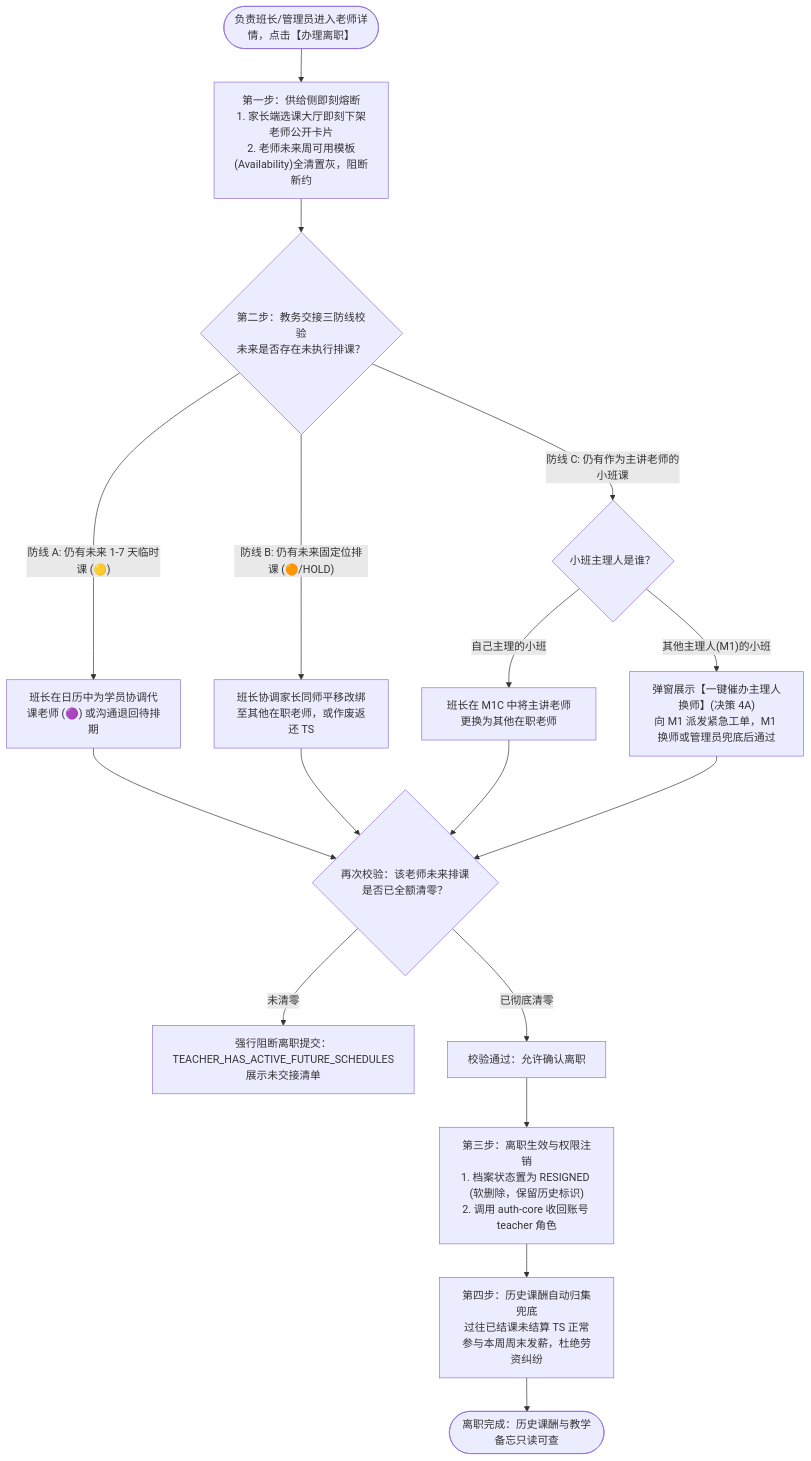
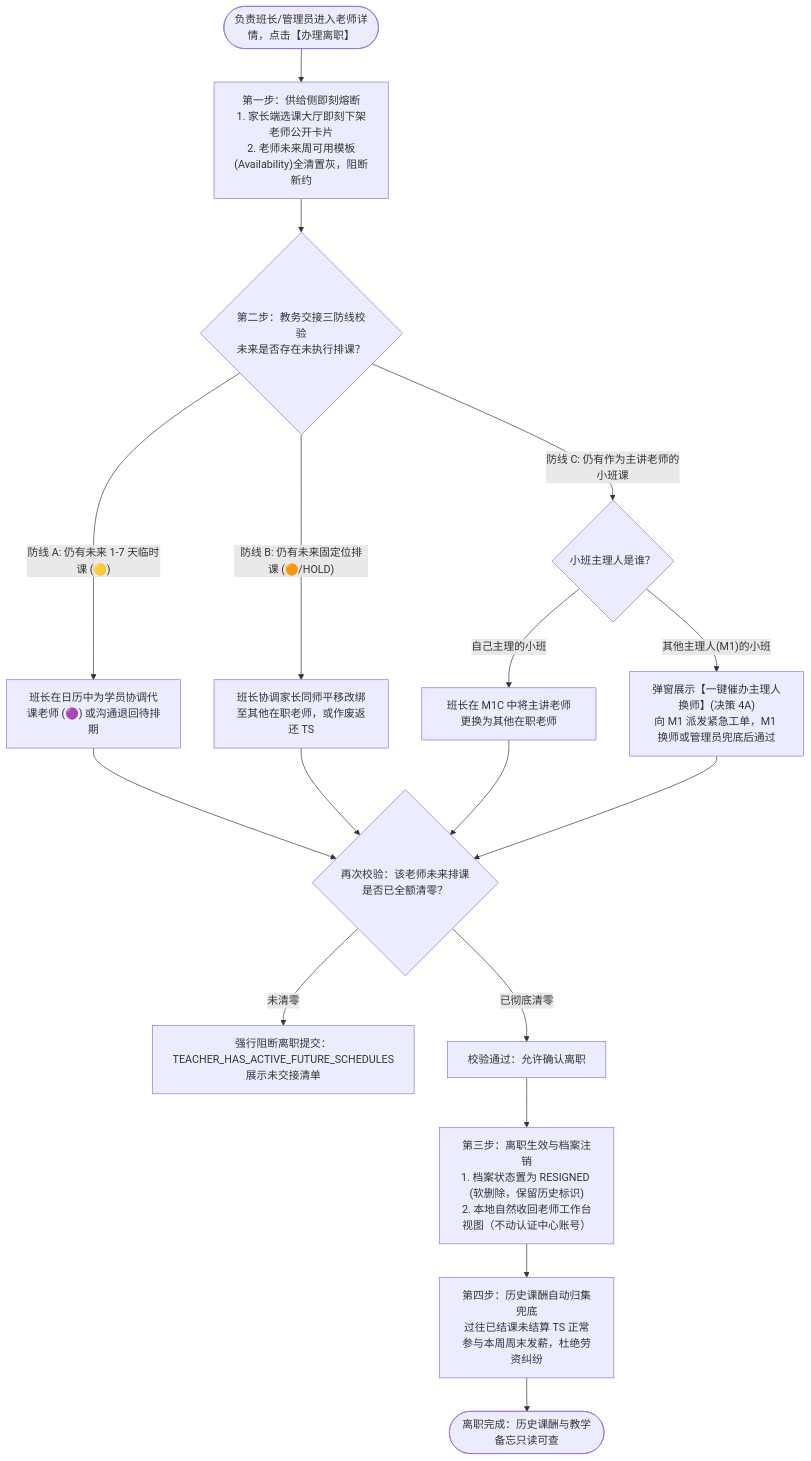
One commit to Onezao/dream changed the fifth of 7 diagrams in docs/prd/m1b_teacher_profile.md. Above: the diagram before and after it, drawn with Mermaid. The commit also changed other lines of this file and 7 other files, not shown here.

````diff
--- a/docs/prd/m1b_teacher_profile.md
+++ b/docs/prd/m1b_teacher_profile.md
@@ -155,20 +149,20 @@
 ```mermaid
 flowchart TD
     Start(["负责班长/管理员进入老师详情，点击【办理离职】"]) --> DisallowNew["第一步：供给侧即刻熔断\n1. 家长端选课大厅即刻下架老师公开卡片\n2. 老师未来周可用模板(Availability)全清置灰，阻断新约"]
     
     DisallowNew --> CheckSchedules{"第二步：教务交接三防线校验\n未来是否存在未执行排课？"}
     
     CheckSchedules -->|"防线 A: 仍有未来 1-7 天临时课 (🟡)"| ResolveA["班长在日历中为学员协调代课老师 (🟣) 或沟通退回待排期"]
     CheckSchedules -->|"防线 B: 仍有未来固定位排课 (🟠/HOLD)"| ResolveB["班长协调家长同师平移改绑至其他在职老师，或作废返还 TS"]
     CheckSchedules -->|"防线 C: 仍有作为主讲老师的小班课"| CheckOwner{"小班主理人是谁？"}
     CheckOwner -->|"自己主理的小班"| SelfChange["班长在 M1C 中将主讲老师更换为其他在职老师"]
     CheckOwner -->|"其他主理人(M1)的小班"| CollabChange["弹窗展示【一键催办主理人换师】(决策 4A)\n向 M1 派发紧急工单，M1 换师或管理员兜底后通过"]
     
     ResolveA & ResolveB & SelfChange & CollabChange --> Recheck{"再次校验：该老师未来排课是否已全额清零？"}
     Recheck -->|"未清零"| BlockSubmit["强行阻断离职提交：TEACHER_HAS_ACTIVE_FUTURE_SCHEDULES\n展示未交接清单"]
     Recheck -->|"已彻底清零"| PassInspection["校验通过：允许确认离职"]
     
-    PassInspection --> ExecDismiss["第三步：离职生效与权限注销\n1. 档案状态置为 RESIGNED (软删除，保留历史标识)\n2. 调用 auth-core 收回账号 teacher 角色"]
+    PassInspection --> ExecDismiss["第三步：离职生效与档案注销\n1. 档案状态置为 RESIGNED (软删除，保留历史标识)\n2. 本地自然收回老师工作台视图（不动认证中心账号）"]
     ExecDismiss --> SettlePayroll["第四步：历史课酬自动归集兜底\n过往已结课未结算 TS 正常参与本周周末发薪，杜绝劳资纠纷"]
     SettlePayroll --> Done(["离职完成：历史课酬与教学备忘只读可查"])
 ```
````
